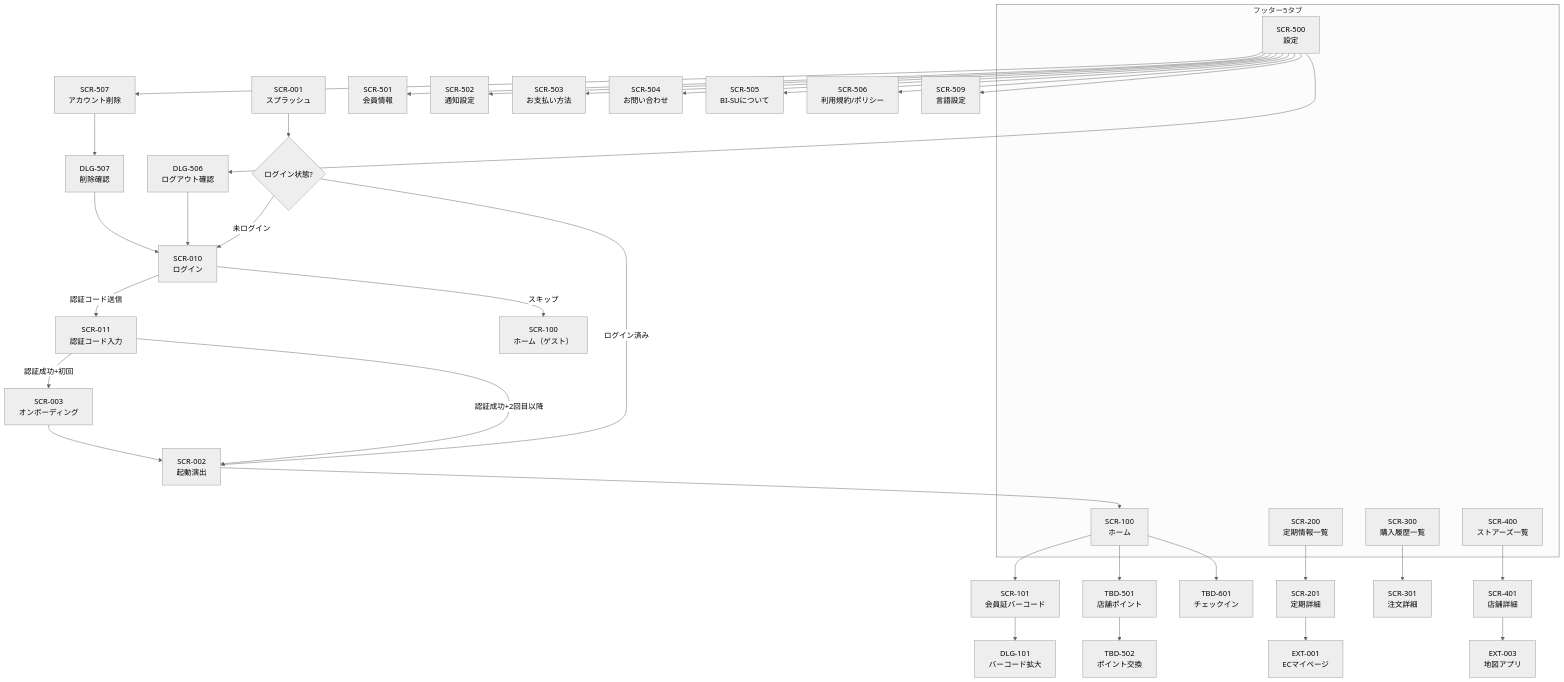
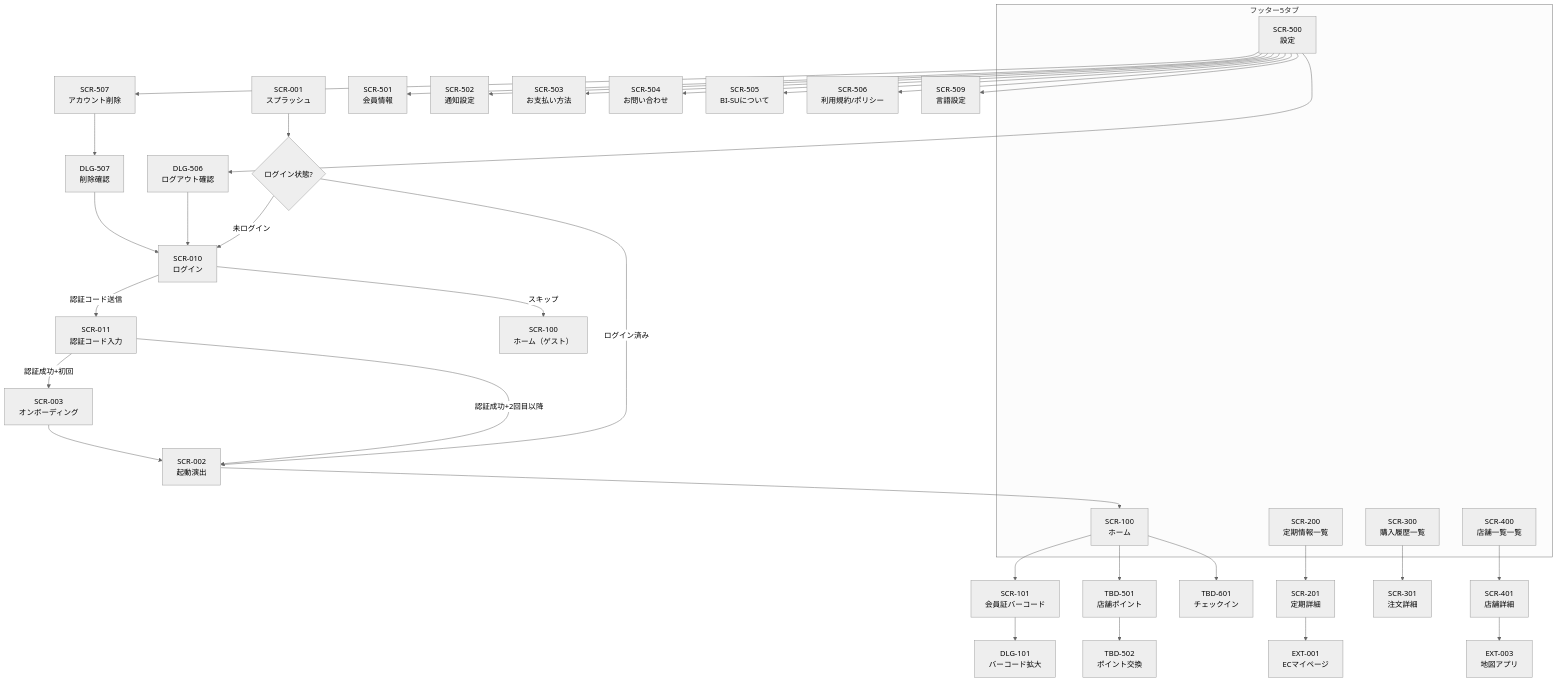
Before and after one commit to YukaHasebe/bi-su-app: the second of 2 diagrams in docs/01_アプリマップ.md, drawn with Mermaid (neutral theme). The commit also changed other lines of this file and 7 other files, not shown here.

````diff
--- a/docs/01_アプリマップ.md
+++ b/docs/01_アプリマップ.md
@@ -346,49 +346,49 @@
 ```mermaid
 graph TD
     SCR001["SCR-001<br/>スプラッシュ"] --> CHECK{ログイン状態?}
     CHECK -->|未ログイン| SCR010["SCR-010<br/>ログイン"]
     CHECK -->|ログイン済み| SCR002["SCR-002<br/>起動演出"]
 
     SCR010 -->|スキップ| SCR100G["SCR-100<br/>ホーム（ゲスト）"]
     SCR010 -->|認証コード送信| SCR011["SCR-011<br/>認証コード入力"]
     SCR011 -->|認証成功+初回| SCR003["SCR-003<br/>オンボーディング"]
     SCR011 -->|認証成功+2回目以降| SCR002
     SCR003 --> SCR002
     SCR002 --> SCR100["SCR-100<br/>ホーム"]
 
     SCR100 --> SCR101["SCR-101<br/>会員証バーコード"]
     SCR101 --> DLG101["DLG-101<br/>バーコード拡大"]
 
     SCR100 --> TBD501["TBD-501<br/>店舗ポイント"]
     TBD501 --> TBD502["TBD-502<br/>ポイント交換"]
     SCR100 --> TBD601["TBD-601<br/>チェックイン"]
 
     SCR200["SCR-200<br/>定期情報一覧"] --> SCR201["SCR-201<br/>定期詳細"]
     SCR201 --> EXT001["EXT-001<br/>ECマイページ"]
 
     SCR300["SCR-300<br/>購入履歴一覧"] --> SCR301["SCR-301<br/>注文詳細"]
 
-    SCR400["SCR-400<br/>ストアーズ一覧"] --> SCR401["SCR-401<br/>店舗詳細"]
+    SCR400["SCR-400<br/>店舗一覧一覧"] --> SCR401["SCR-401<br/>店舗詳細"]
     SCR401 --> EXT003["EXT-003<br/>地図アプリ"]
 
     SCR500["SCR-500<br/>設定"] --> SCR501["SCR-501<br/>会員情報"]
     SCR500 --> SCR502["SCR-502<br/>通知設定"]
     SCR500 --> SCR503["SCR-503<br/>お支払い方法"]
     SCR500 --> SCR504["SCR-504<br/>お問い合わせ"]
     SCR500 --> SCR505["SCR-505<br/>BI-SUについて"]
     SCR500 --> SCR506["SCR-506<br/>利用規約/ポリシー"]
     SCR500 --> SCR509["SCR-509<br/>言語設定"]
     SCR500 --> DLG506["DLG-506<br/>ログアウト確認"]
     DLG506 --> SCR010
     SCR500 --> SCR507["SCR-507<br/>アカウント削除"]
     SCR507 --> DLG507["DLG-507<br/>削除確認"]
     DLG507 --> SCR010
 
     subgraph "フッター5タブ"
         SCR100
         SCR200
         SCR300
         SCR400
         SCR500
     end
 ```
````
